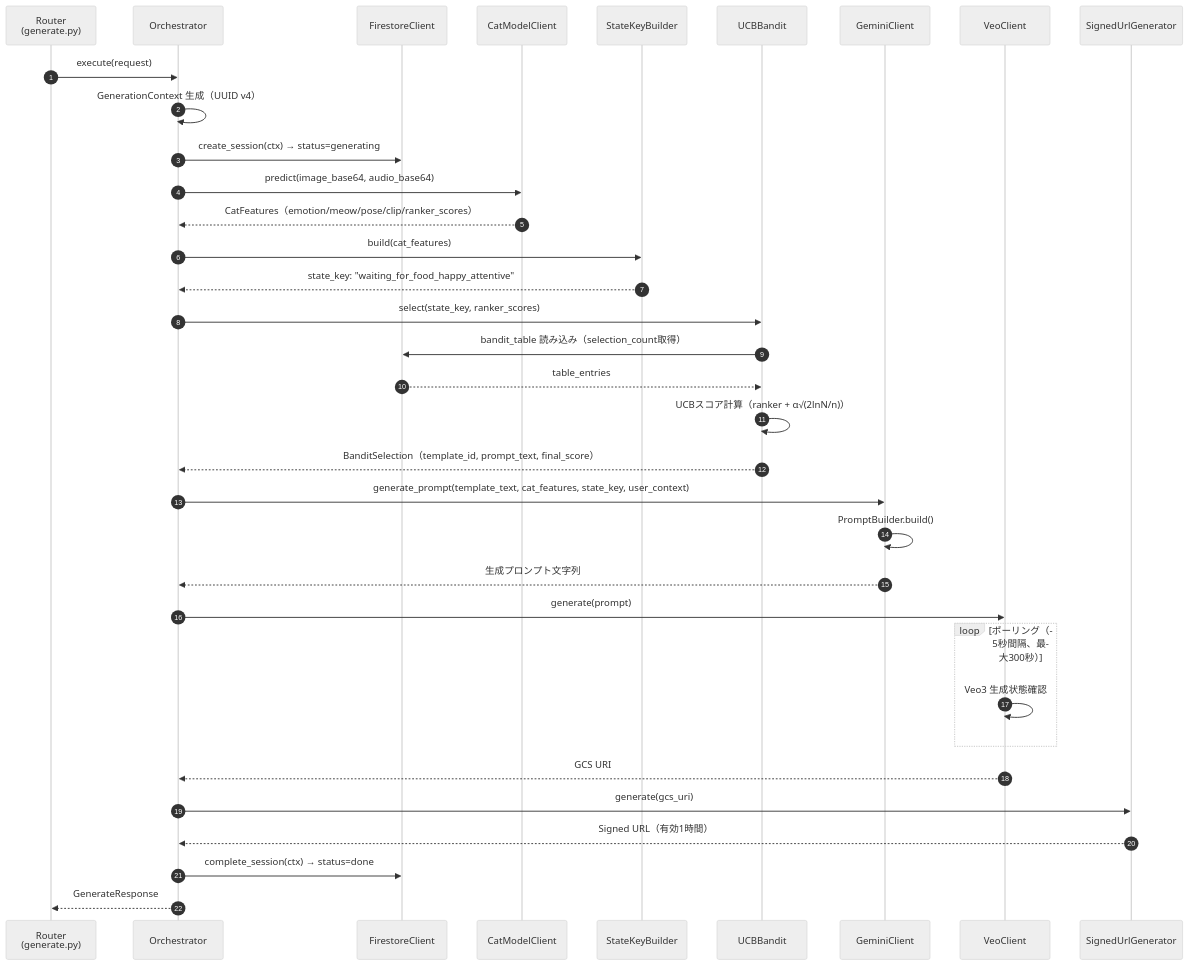
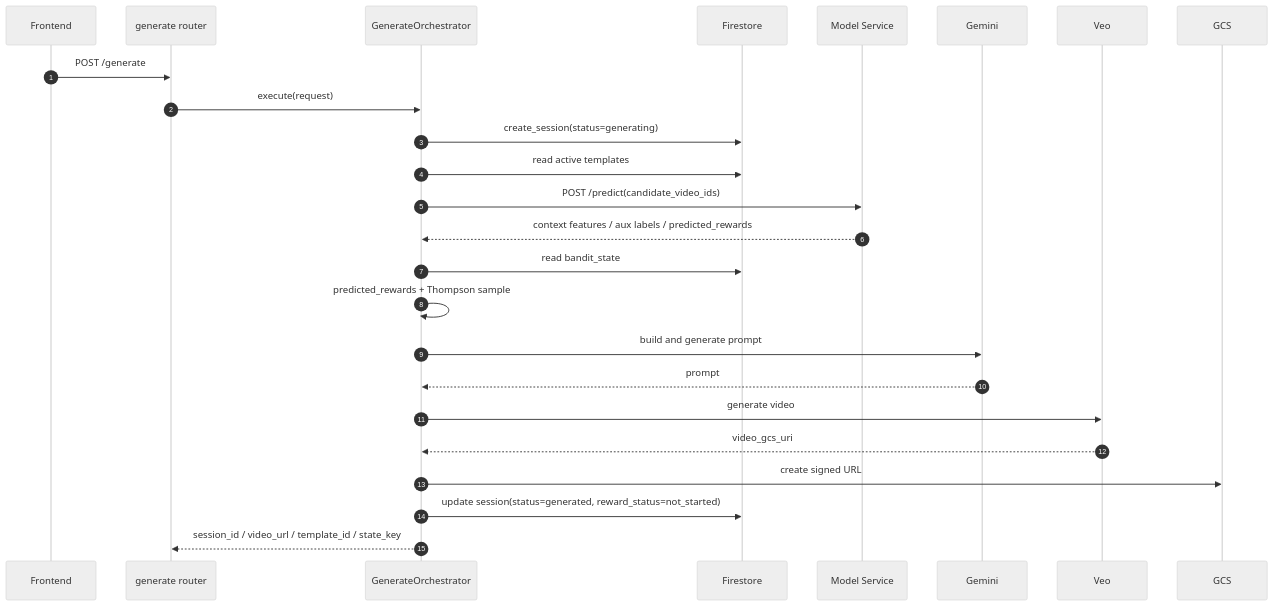
Before and after one commit to soy-sorce/tea-pillar: the third of 6 diagrams in docs/ja/Backend_Design.md, drawn with Mermaid (neutral theme). The commit also changed other lines of this file and 3 other files, not shown here.

````diff
--- a/docs/ja/Backend_Design.md
+++ b/docs/ja/Backend_Design.md
@@ -2382,45 +185,28 @@
 ```mermaid
 sequenceDiagram
     autonumber
-    participant R as Router<br/>(generate.py)
-    participant O as Orchestrator
-    participant FS as FirestoreClient
-    participant CM as CatModelClient
-    participant SKB as StateKeyBuilder
-    participant BDT as UCBBandit
-    participant GEM as GeminiClient
-    participant VEO as VeoClient
-    participant SIG as SignedUrlGenerator
+    participant FE as Frontend
+    participant RG as generate router
+    participant ORC as GenerateOrchestrator
+    participant FS as Firestore
+    participant MS as Model Service
+    participant GM as Gemini
+    participant VE as Veo
+    participant GCS as GCS
 
-    R->>O: execute(request)
-    O->>O: GenerationContext 生成（UUID v4）
-
-    O->>FS: create_session(ctx) → status=generating
-    O->>CM: predict(image_base64, audio_base64)
-    CM-->>O: CatFeatures（emotion/meow/pose/clip/ranker_scores）
-
-    O->>SKB: build(cat_features)
-    SKB-->>O: state_key: "waiting_for_food_happy_attentive"
-
-    O->>BDT: select(state_key, ranker_scores)
-    BDT->>FS: bandit_table 読み込み（selection_count取得）
-    FS-->>BDT: table_entries
-    BDT->>BDT: UCBスコア計算（ranker + α√(2lnN/n)）
-    BDT-->>O: BanditSelection（template_id, prompt_text, final_score）
-
-    O->>GEM: generate_prompt(template_text, cat_features, state_key, user_context)
-    GEM->>GEM: PromptBuilder.build()
-    GEM-->>O: 生成プロンプト文字列
-
-    O->>VEO: generate(prompt)
-    loop ポーリング（5秒間隔、最大300秒）
-        VEO->>VEO: Veo3 生成状態確認
-    end
-    VEO-->>O: GCS URI
-
-    O->>SIG: generate(gcs_uri)
-    SIG-->>O: Signed URL（有効1時間）
-
-    O->>FS: complete_session(ctx) → status=done
-    O-->>R: GenerateResponse
+    FE->>RG: POST /generate
+    RG->>ORC: execute(request)
+    ORC->>FS: create_session(status=generating)
+    ORC->>FS: read active templates
+    ORC->>MS: POST /predict(candidate_video_ids)
+    MS-->>ORC: context features / aux labels / predicted_rewards
+    ORC->>FS: read bandit_state
+    ORC->>ORC: predicted_rewards + Thompson sample
+    ORC->>GM: build and generate prompt
+    GM-->>ORC: prompt
+    ORC->>VE: generate video
+    VE-->>ORC: video_gcs_uri
+    ORC->>GCS: create signed URL
+    ORC->>FS: update session(status=generated, reward_status=not_started)
+    ORC-->>RG: session_id / video_url / template_id / state_key
 ```
````
